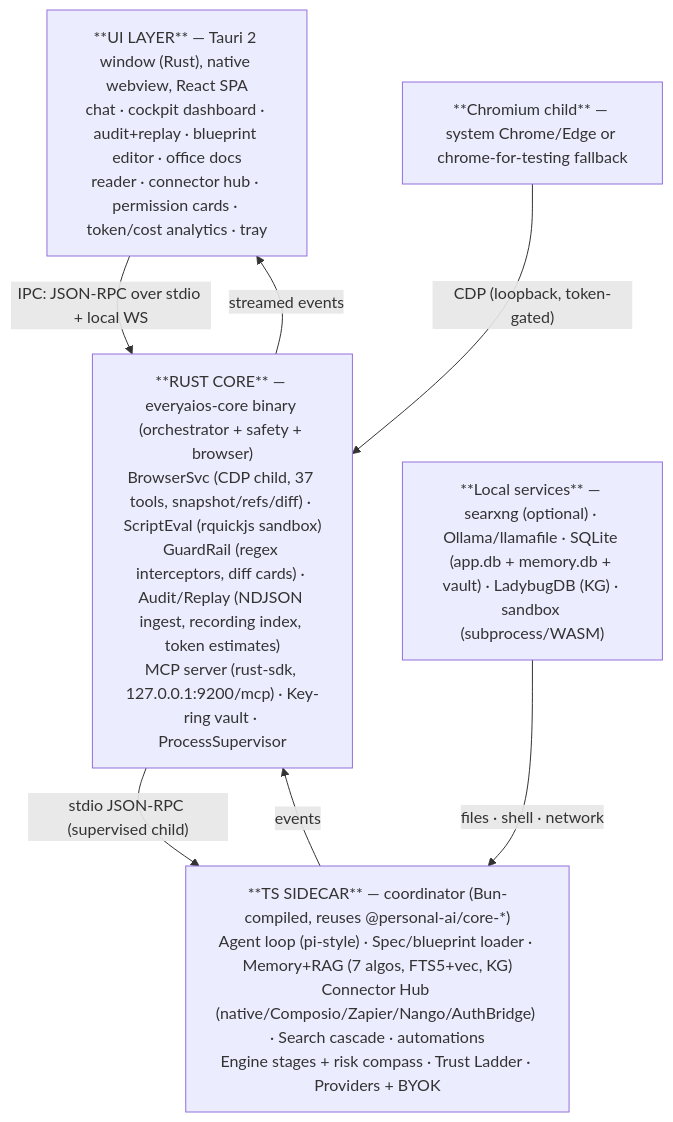
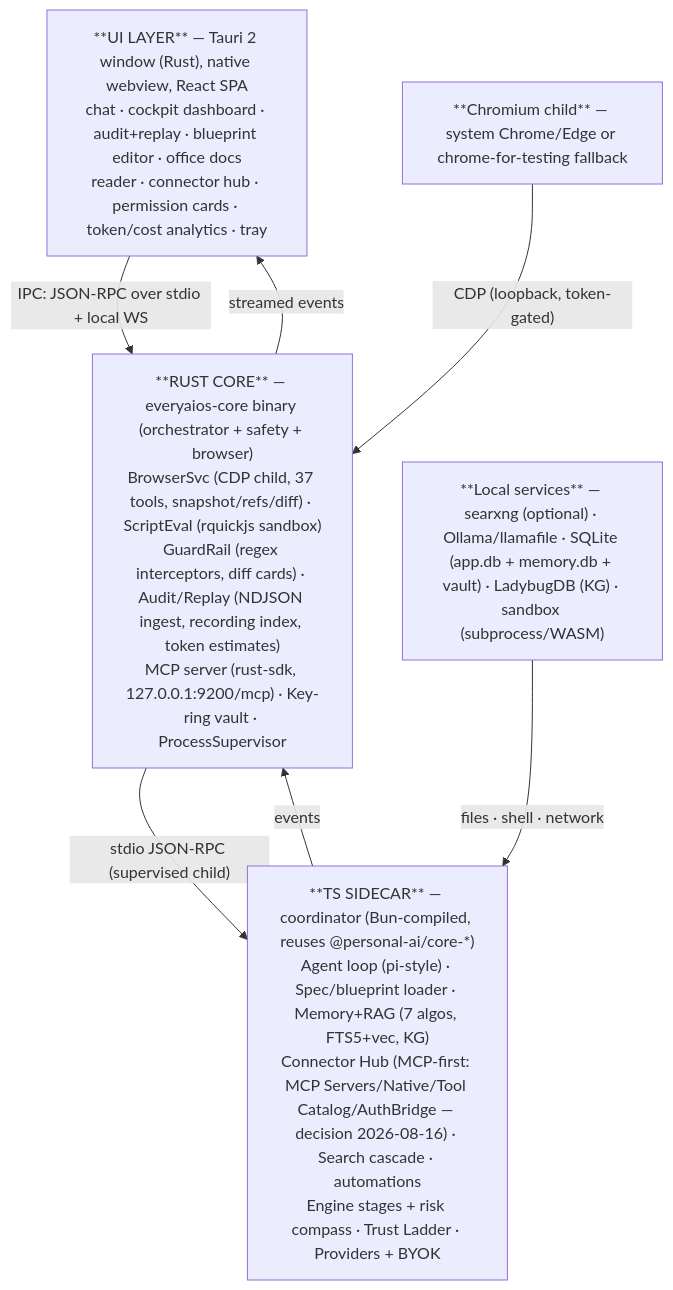
The first of 2 diagrams in ARCH/01-SYSTEM-ARCHITECTURE.md (sarv-projects/EveryAIOS), drawn with Mermaid before and after one commit. The commit also changed 16 other files, not shown here.

````diff
--- a/ARCH/01-SYSTEM-ARCHITECTURE.md
+++ b/ARCH/01-SYSTEM-ARCHITECTURE.md
@@ -5,14 +5,14 @@
 ```mermaid
 flowchart TD
     UI["**UI LAYER** — Tauri 2 window (Rust), native webview, React SPA<br/>chat · cockpit dashboard · audit+replay · blueprint editor · office docs<br/>reader · connector hub · permission cards · token/cost analytics · tray"]
     CORE["**RUST CORE** — everyaios-core binary (orchestrator + safety + browser)<br/>BrowserSvc (CDP child, 37 tools, snapshot/refs/diff) · ScriptEval (rquickjs sandbox)<br/>GuardRail (regex interceptors, diff cards) · Audit/Replay (NDJSON ingest, recording index, token estimates)<br/>MCP server (rust-sdk, 127.0.0.1:9200/mcp) · Key-ring vault · ProcessSupervisor"]
-    SIDE["**TS SIDECAR** — coordinator (Bun-compiled, reuses @personal-ai/core-*)<br/>Agent loop (pi-style) · Spec/blueprint loader · Memory+RAG (7 algos, FTS5+vec, KG)<br/>Connector Hub (native/Composio/Zapier/Nango/AuthBridge) · Search cascade · automations<br/>Engine stages + risk compass · Trust Ladder · Providers + BYOK"]
+    SIDE["**TS SIDECAR** — coordinator (Bun-compiled, reuses @personal-ai/core-*)<br/>Agent loop (pi-style) · Spec/blueprint loader · Memory+RAG (7 algos, FTS5+vec, KG)<br/>Connector Hub (MCP-first: MCP Servers/Native/Tool Catalog/AuthBridge — decision 2026-08-16) · Search cascade · automations<br/>Engine stages + risk compass · Trust Ladder · Providers + BYOK"]
     CHROME["**Chromium child** — system Chrome/Edge or chrome-for-testing fallback"]
     LOCAL["**Local services** — searxng (optional) · Ollama/llamafile · SQLite (app.db + memory.db + vault) · LadybugDB (KG) · sandbox (subprocess/WASM)"]
     UI -->|"IPC: JSON-RPC over stdio + local WS"| CORE
     CORE -->|"streamed events"| UI
     CORE -->|"stdio JSON-RPC (supervised child)"| SIDE
     SIDE -->|"events"| CORE
     CHROME -->|"CDP (loopback, token-gated)"| CORE
     LOCAL -->|"files · shell · network"| SIDE
 ```
````
